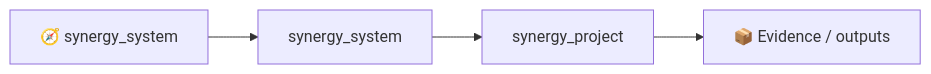
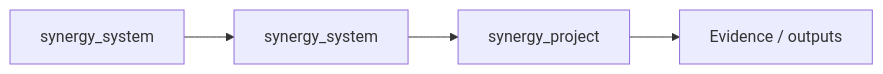
One commit to Shtenco/synergy_project changed the second of 2 diagrams in README.md. Above: the diagram before and after it, drawn with Mermaid. The commit also changed other lines of this file, not shown here.

````diff
--- a/README.md
+++ b/README.md
@@ -1553,6 +1553,6 @@
 ```mermaid
 flowchart LR
-    SYS[🧭 synergy_system] --> P[synergy_system]
+    SYS[ synergy_system] --> P[synergy_system]
     P --> THIS[synergy_project]
-    THIS --> E[📦 Evidence / outputs]
+    THIS --> E[ Evidence / outputs]
 ```
````
